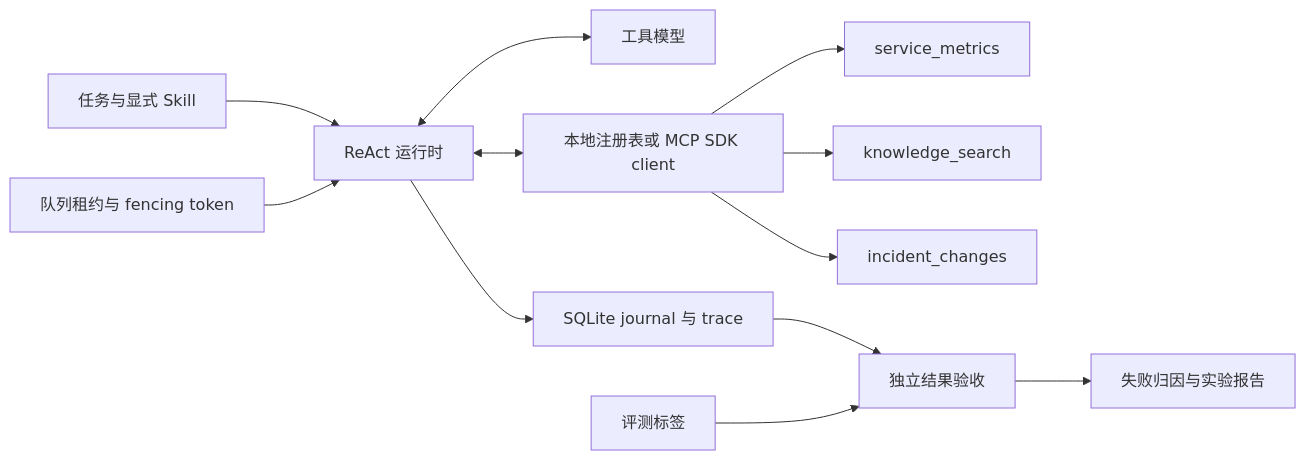
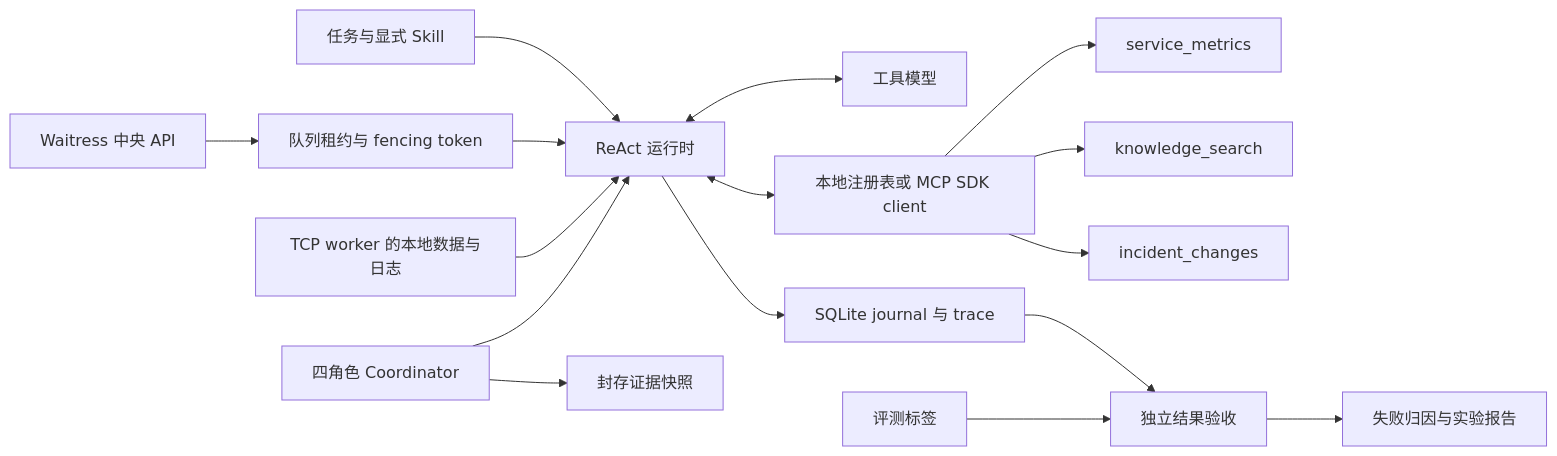
The diagram in docs/interview.md (chendi-Shi/byte-agent-platform), drawn with Mermaid before and after one commit. The commit also changed other lines of this file and 203 other files, not shown here.

````diff
--- a/docs/interview.md
+++ b/docs/interview.md
@@ -16,14 +16,18 @@
 ```mermaid
 flowchart LR
     Task[任务与显式 Skill] --> Runtime[ReAct 运行时]
     Runtime <--> Model[工具模型]
     Runtime <--> Tools[本地注册表或 MCP SDK client]
     Tools --> Metrics[service_metrics]
     Tools --> Knowledge[knowledge_search]
     Tools --> Changes[incident_changes]
     Runtime --> Journal[SQLite journal 与 trace]
     Queue[队列租约与 fencing token] --> Runtime
+    API[Waitress 中央 API] --> Queue
+    Worker[TCP worker 的本地数据与日志] --> Runtime
+    Team[四角色 Coordinator] --> Runtime
+    Team --> Shared[封存证据快照]
     Journal --> Oracle[独立结果验收]
     Labels[评测标签] --> Oracle
     Oracle --> Report[失败归因与实验报告]
 ```
````
